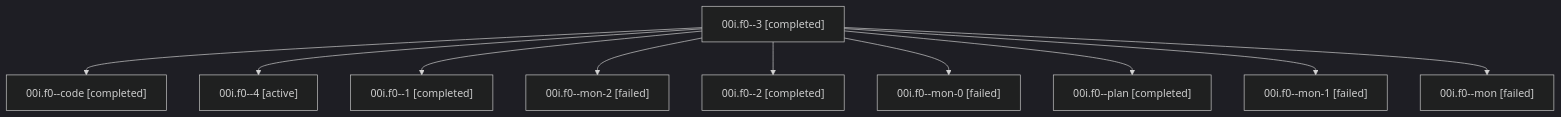
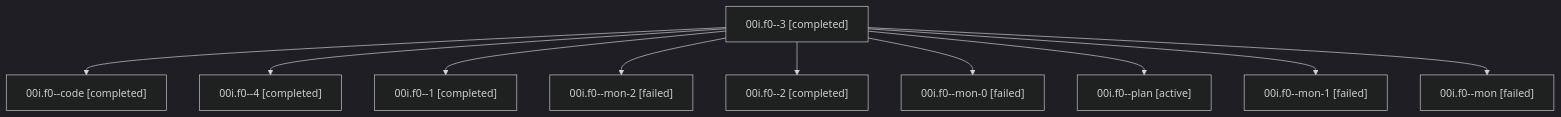
Before and after one commit to sase-org/sase--agents: the diagram in families/bbugyi200.athena.00i.f0.md, drawn with Mermaid (dark theme). The commit also changed other lines of this file and 35830 other files, not shown here.

````diff
--- a/families/bbugyi200.athena.00i.f0.md
+++ b/families/bbugyi200.athena.00i.f0.md
@@ -9,22 +9,22 @@
 ```mermaid
 flowchart TD
   n0["00i.f0--3 [completed]"]
   n1["00i.f0--code [completed]"]
   n0 --> n1
-  n2["00i.f0--4 [active]"]
+  n2["00i.f0--4 [completed]"]
   n0 --> n2
   n3["00i.f0--1 [completed]"]
   n0 --> n3
   n4["00i.f0--mon-2 [failed]"]
   n0 --> n4
   n5["00i.f0--2 [completed]"]
   n0 --> n5
   n6["00i.f0--mon-0 [failed]"]
   n0 --> n6
-  n7["00i.f0--plan [completed]"]
+  n7["00i.f0--plan [active]"]
   n0 --> n7
   n8["00i.f0--mon-1 [failed]"]
   n0 --> n8
   n9["00i.f0--mon [failed]"]
   n0 --> n9
 ```
````
